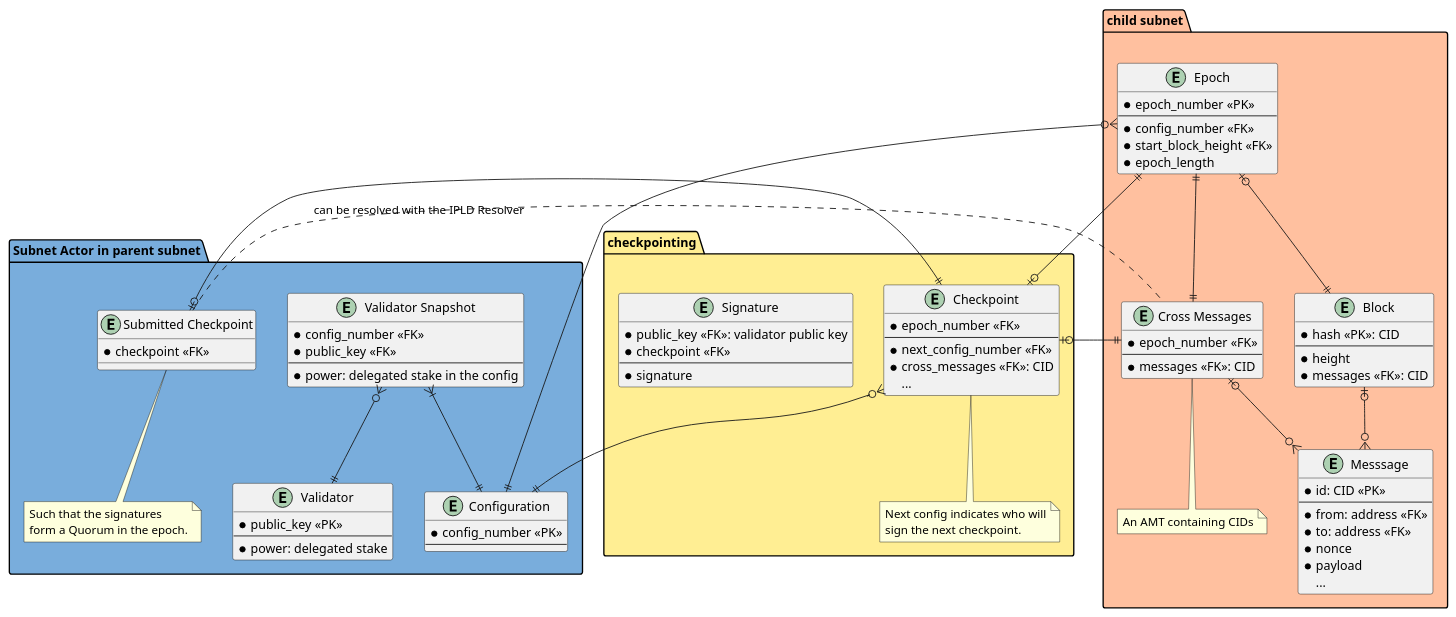
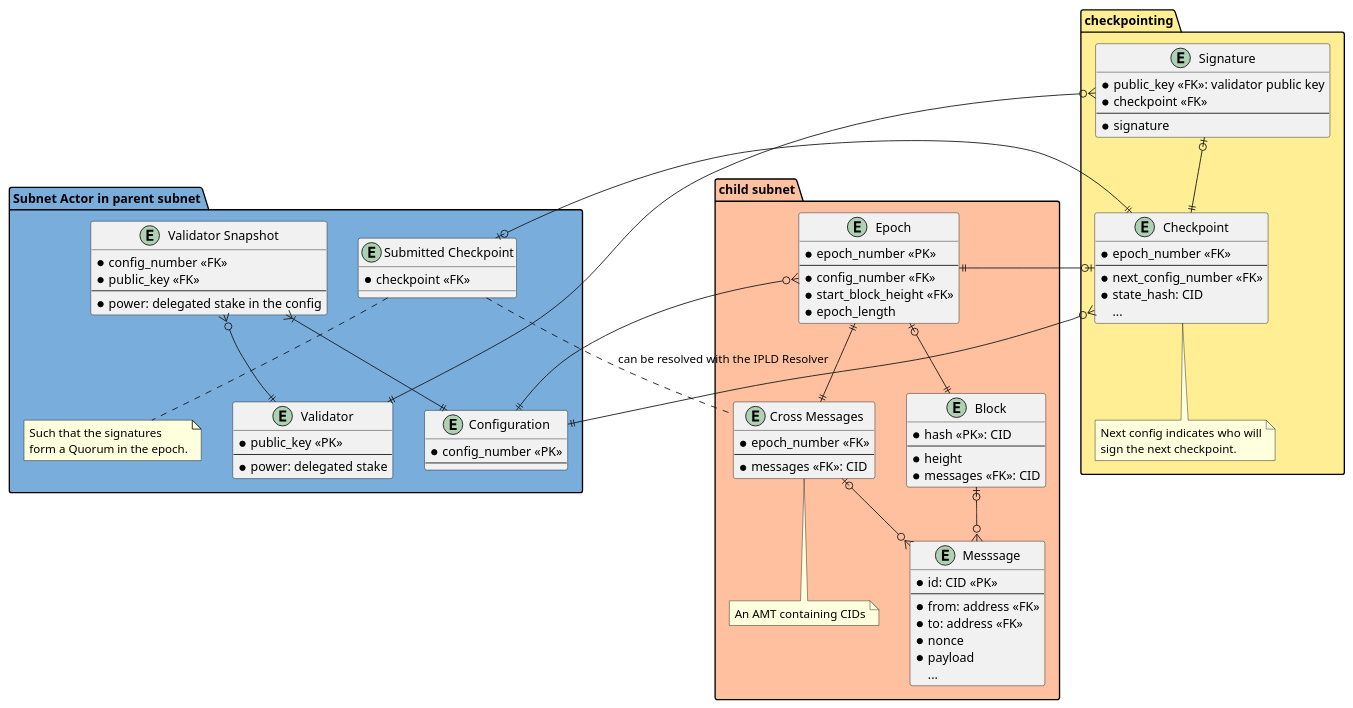
The diagram in docs/diagrams/checkpoint_schema.puml (consensus-shipyard/ipc-libs), drawn with PlantUML before and after one commit. The commit also changed 1 other file, not shown here.

Commit message:
IPC-69: Add FK from sig to ckpt. Remove FK from ckpt to cross_msgs

```diff
--- a/docs/diagrams/checkpoint_schema.puml
+++ b/docs/diagrams/checkpoint_schema.puml
@@ -2,108 +2,111 @@
 @startuml Checkpointing Schema
 
 package "Subnet Actor in parent subnet" #79ADDC {
   entity "Validator" as validator {
     * public_key <<PK>>
     --
     * power: delegated stake
   }
 
   entity "Configuration" as config {
     * config_number <<PK>>
     --
   }
 
   entity "Validator Snapshot" as validator_snapshot {
     * config_number <<FK>>
     * public_key <<FK>>
     --
     * power: delegated stake in the config
   }
 
   entity "Submitted Checkpoint" as submit_ckpt {
     * checkpoint <<FK>>
   }
   note bottom of submit_ckpt
     Such that the signatures
     form a Quorum in the epoch.
   end note
 }
 
 package "checkpointing" #FFEE93 {
   entity "Checkpoint" as ckpt {
     * epoch_number <<FK>>
     --
     * next_config_number <<FK>>
-    * cross_messages <<FK>>: CID
+    * state_hash: CID
     ...
   }
   note bottom of ckpt
   Next config indicates who will
   sign the next checkpoint.
   end note
 
   entity "Signature" as sig {
     * public_key <<FK>>: validator public key
     * checkpoint <<FK>>
     --
     * signature
   }
 }
 
 
 package "child subnet" #FFC09F {
   entity "Epoch" as epoch {
     * epoch_number <<PK>>
     --
     * config_number <<FK>>
     * start_block_height <<FK>>
     * epoch_length
   }
 
   entity "Cross Messages" as cross_msgs {
     * epoch_number <<FK>>
     --
     * messages <<FK>>: CID
   }
   note bottom of cross_msgs
     An AMT containing CIDs
   end note
 
   entity "Messsage" as msg {
     * id: CID <<PK>>
     --
     * from: address <<FK>>
     * to: address <<FK>>
     * nonce
     * payload
     ...
   }
 
   entity "Block" as block {
     * hash <<PK>>: CID
     --
     * height
     * messages <<FK>>: CID
   }
 }
 
 block |o--o{ msg
 
 validator_snapshot }|--|| config
 validator_snapshot }o--|| validator
 
 epoch }o--|| config
 epoch |o--|| block
 epoch ||--|| cross_msgs
 epoch ||--o| ckpt
 
+sig |o--|| ckpt
+sig }o--|| validator
+
 ckpt }o--|| config
 ckpt ||--o| submit_ckpt
 
+
 cross_msgs |o--o{ msg
-cross_msgs ||--o| ckpt
 
 submit_ckpt .. cross_msgs : can be resolved with the IPLD Resolver
 
 
 @enduml
```
